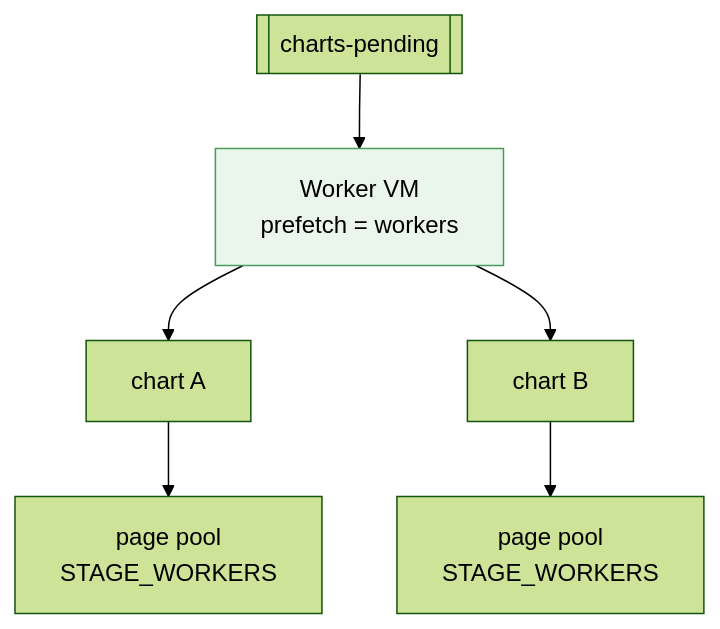
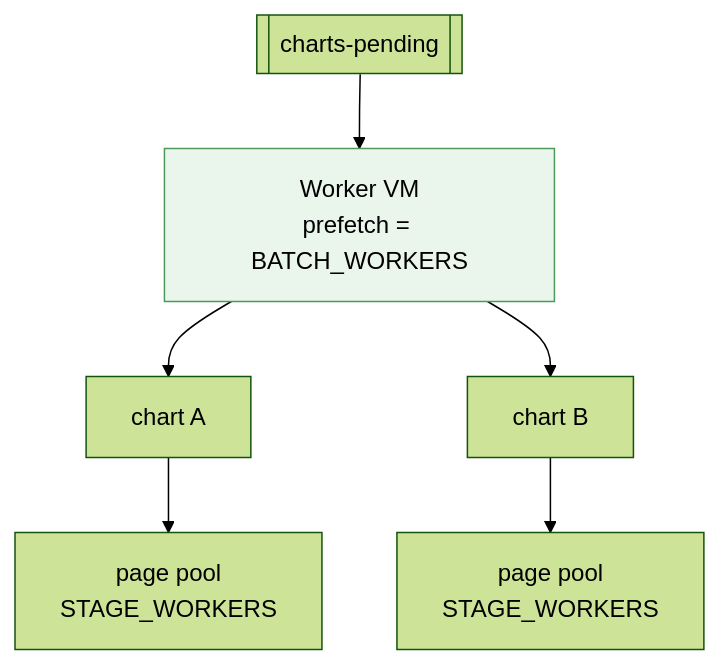
One commit to abhinavdg-ever/model-repo changed the sixth of 8 diagrams in docs/SCALING.md. Above: the diagram before and after it, drawn with Mermaid (forest theme). The commit also changed other lines of this file and 14 other files, not shown here.

First line of the commit message:
Simplify chart run requests and keep model paths relative to core-pipeline.

````diff
--- a/docs/SCALING.md
+++ b/docs/SCALING.md
@@ -475,10 +480,10 @@
 ```mermaid
 flowchart TD
-  Q[["charts-pending"]] --> V["Worker VM<br/>prefetch = workers"]
+  Q[["charts-pending"]] --> V["Worker VM<br/>prefetch = BATCH_WORKERS"]
   V --> C1["chart A"]
   V --> C2["chart B"]
   C1 --> P1["page pool<br/>STAGE_WORKERS"]
   C2 --> P2["page pool<br/>STAGE_WORKERS"]
 
   style V fill:#eaf6ec,stroke:#4c9a5b
 ```
````
